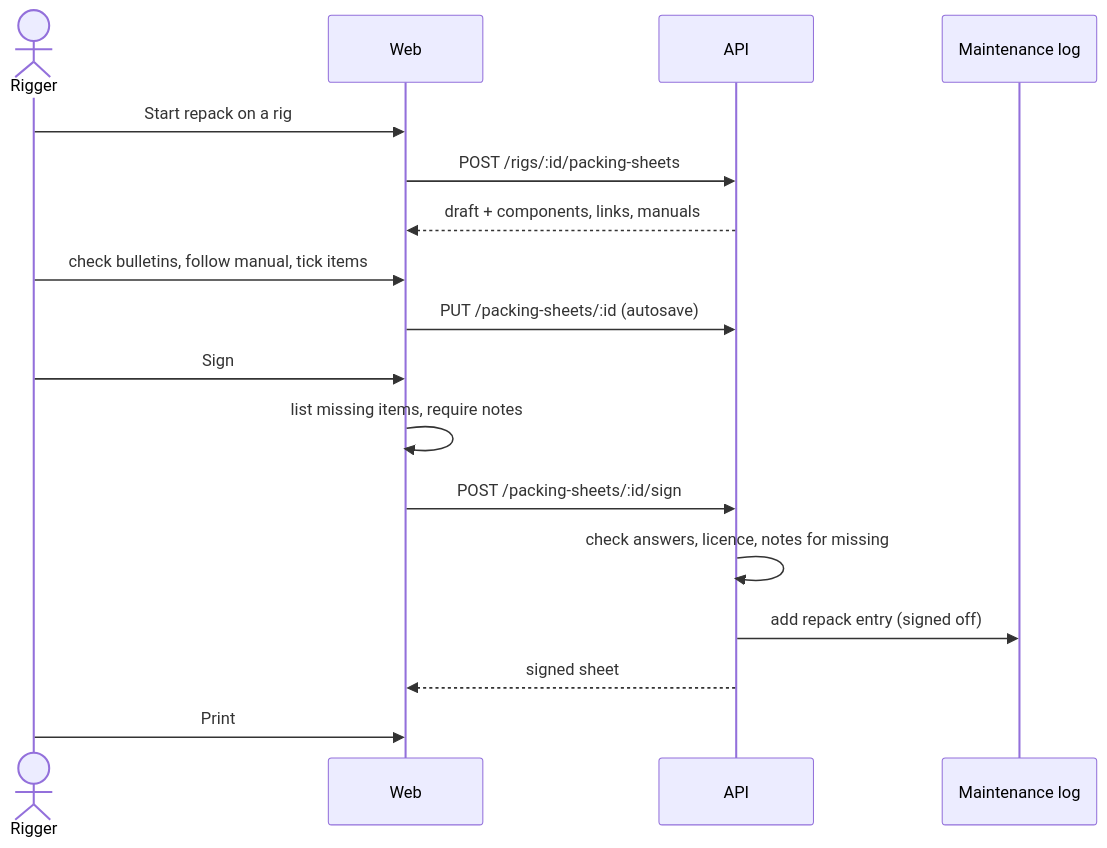
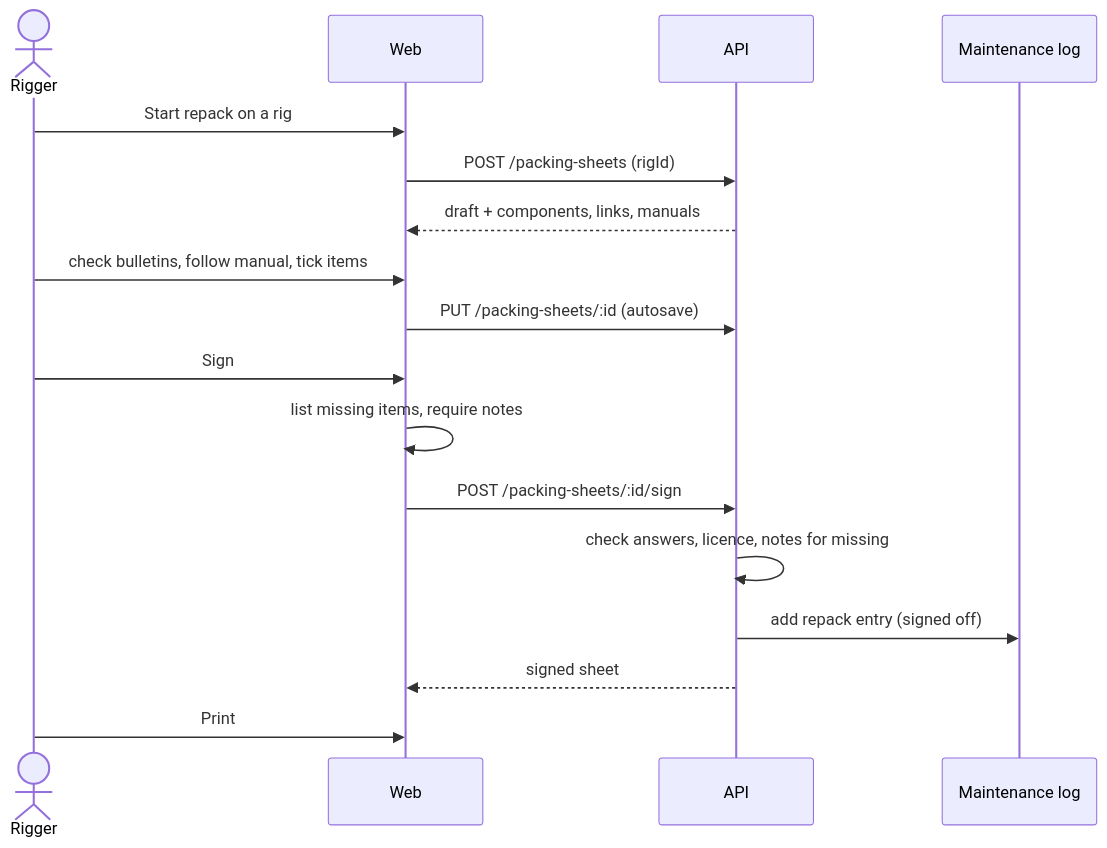
Before and after one commit to EcaCosca/bendike: the second of 2 diagrams in .github/specs/packing-sheets.md, drawn with Mermaid. The commit also changed other lines of this file and 12 other files, not shown here.

First line of the commit message:
feat(api): reserve packing sheets with drafts, signing, logbook and void

````diff
--- a/.github/specs/packing-sheets.md
+++ b/.github/specs/packing-sheets.md
@@ -187,19 +187,19 @@
 ```mermaid
 sequenceDiagram
   actor Rigger
   participant Web
   participant API
   participant Log as Maintenance log
   Rigger->>Web: Start repack on a rig
-  Web->>API: POST /rigs/:id/packing-sheets
+  Web->>API: POST /packing-sheets (rigId)
   API-->>Web: draft + components, links, manuals
   Rigger->>Web: check bulletins, follow manual, tick items
   Web->>API: PUT /packing-sheets/:id (autosave)
   Rigger->>Web: Sign
   Web->>Web: list missing items, require notes
   Web->>API: POST /packing-sheets/:id/sign
   API->>API: check answers, licence, notes for missing
   API->>Log: add repack entry (signed off)
   API-->>Web: signed sheet
   Rigger->>Web: Print
 ```
````
